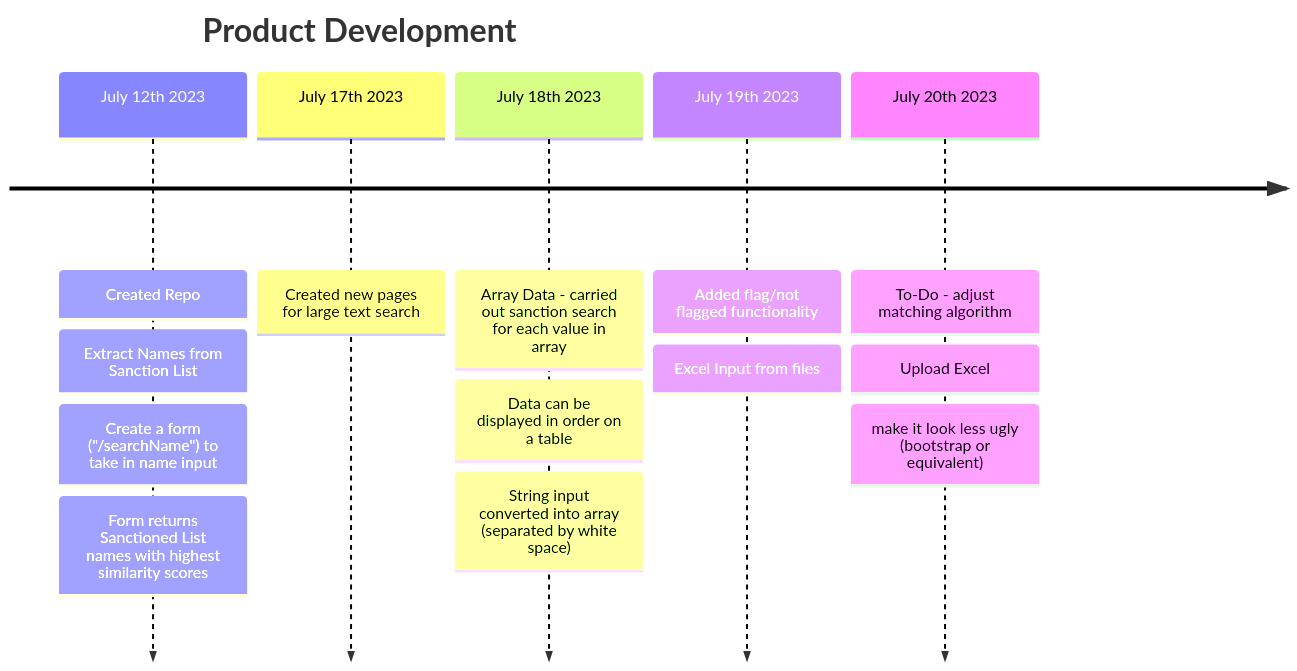
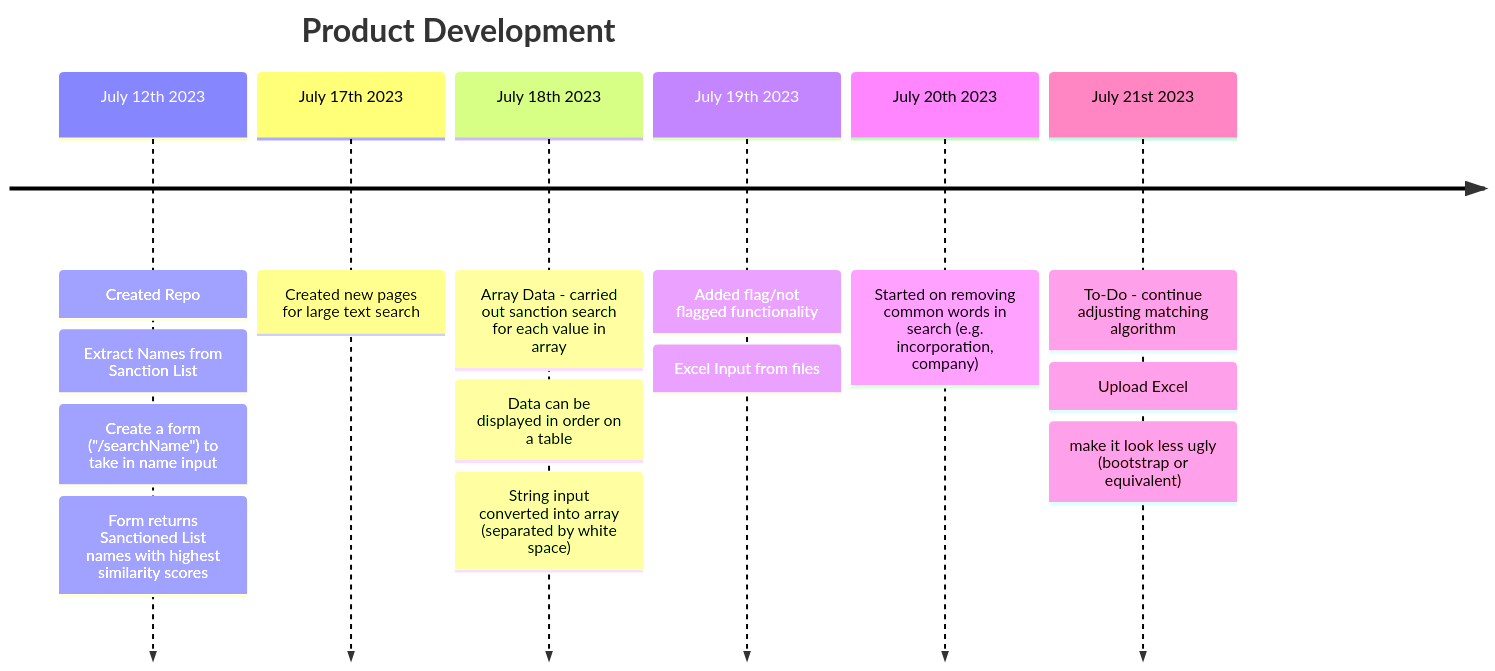
One commit to james-csy/sanctionlistchecker changed the diagram in README.md. Above: the diagram before and after it, drawn with Mermaid.

````diff
--- a/README.md
+++ b/README.md
@@ -6,9 +6,10 @@
 ```mermaid
 timeline
     title Product Development
     July 12th 2023: Created Repo: Extract Names from Sanction List: Create a form ("/searchName") to take in name input: Form returns Sanctioned List names with highest similarity scores
     July 17th 2023: Created new pages for large text search
     July 18th 2023: Array Data - carried out sanction search for each value in array: Data can be displayed in order on a table: String input converted into array (separated by white space)
     July 19th 2023: Added flag/not flagged functionality: Excel Input from files
-    July 20th 2023: To-Do - adjust matching algorithm: Upload Excel: make it look less ugly (bootstrap or equivalent)
+    July 20th 2023: Started on removing common words in search (e.g. incorporation, company)
+    July 21st 2023: To-Do - continue adjusting matching algorithm: Upload Excel: make it look less ugly (bootstrap or equivalent)
 ```
````
